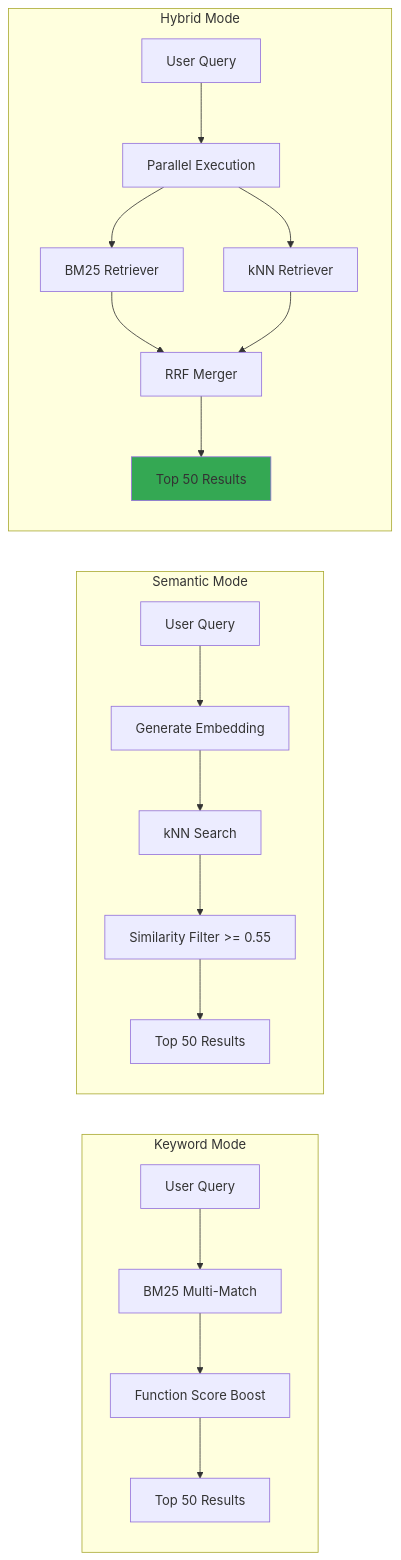
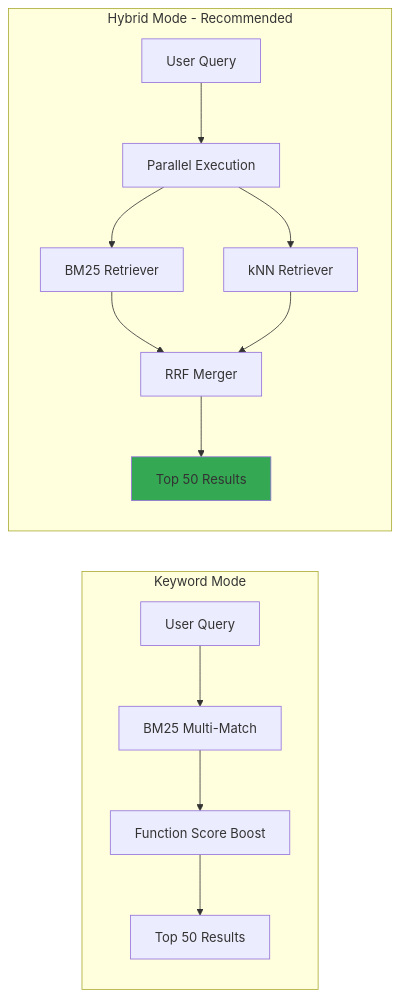
One commit to manojmaheshwarjg/regos-vivprohack changed the third of 6 diagrams in README.md. Above: the diagram before and after it, drawn with Mermaid. The commit also changed other lines of this file, not shown here.

````diff
--- a/README.md
+++ b/README.md
@@ -279,26 +279,19 @@
 ```mermaid
 graph LR
     subgraph "Keyword Mode"
         A[User Query] --> B[BM25 Multi-Match]
         B --> C[Function Score Boost]
         C --> D[Top 50 Results]
     end
 
-    subgraph "Semantic Mode"
-        E[User Query] --> F[Generate Embedding]
-        F --> G[kNN Search]
-        G --> H[Similarity Filter >= 0.55]
-        H --> I[Top 50 Results]
-    end
-
-    subgraph "Hybrid Mode"
+    subgraph "Hybrid Mode - Recommended"
         J[User Query] --> K[Parallel Execution]
         K --> L[BM25 Retriever]
         K --> M[kNN Retriever]
         L --> N[RRF Merger]
         M --> N
         N --> O[Top 50 Results]
     end
 
     style O fill:#34a853
 ```
````
